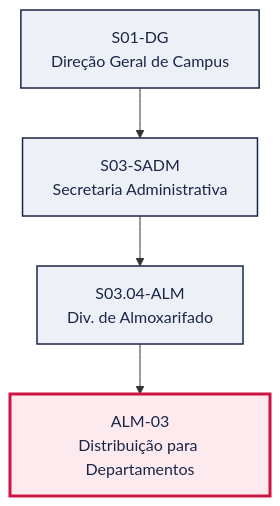
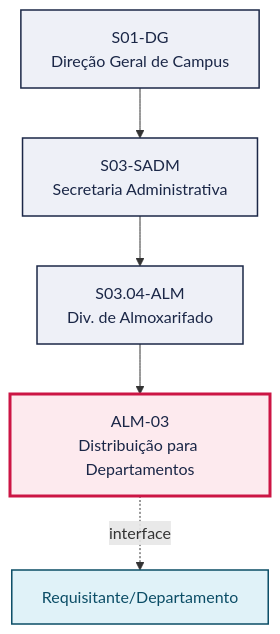
Before and after one commit to jessefers/canvas-vivo-atdg: the first of 2 diagrams in pops/ALM/ALM-03.md, drawn with Mermaid. The commit also changed other lines of this file and 20 other files, not shown here.

````diff
--- a/pops/ALM/ALM-03.md
+++ b/pops/ALM/ALM-03.md
@@ -49,15 +52,18 @@
 ```mermaid
 graph TD
   S01_DG["S01-DG<br/>Direção Geral de Campus"]
   S03_SADM["S03-SADM<br/>Secretaria Administrativa"]
   S01_DG --> S03_SADM
   S03_04_ALM["S03.04-ALM<br/>Div. de Almoxarifado"]
   S03_SADM --> S03_04_ALM
   P["ALM-03<br/>Distribuição para Departamentos"]
   S03_04_ALM --> P
+  V1["Requisitante/Departamento"]
+  P -. interface .-> V1
   classDef setor fill:#EEF0F7,stroke:#1B2747,stroke-width:1.5px,color:#1B2747
   classDef destaque fill:#FDEAEE,stroke:#CC1544,stroke-width:3px,color:#1B2747
   classDef vizinho fill:#E0F2F8,stroke:#0B4D66,stroke-width:1.5px,color:#0B4D66
   class S01_DG,S03_SADM,S03_04_ALM setor
   class P destaque
+  class V1 vizinho
 ```
````
